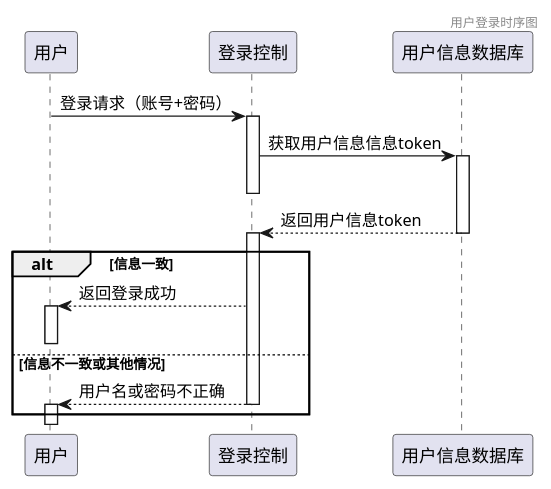
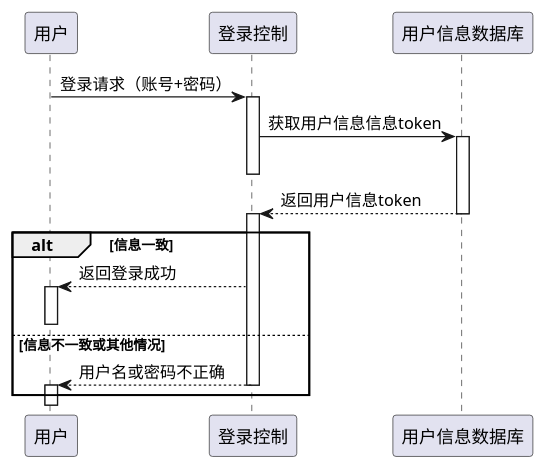
One commit to clysto/software-engineering changed the diagram in 时序图/用户登录时序图.plantuml. Above: the diagram before and after it, drawn with PlantUML. The commit also changed 27 other files, not shown here.

```diff
--- a/时序图/用户登录时序图.plantuml
+++ b/时序图/用户登录时序图.plantuml
@@ -1,35 +1,37 @@
-@startuml
-header 用户登录时序图
+@startuml 用户登录时序图
+
+skinparam shadowing false
+
 participant c as "用户"
 participant s as "登录控制"
 participant d as "用户信息数据库"
 
 
 c -> s: 登录请求（账号+密码）
 activate s
 
 s -> d: 获取用户信息信息token
 activate d
 deactivate s
 
 d --> s: 返回用户信息token
 deactivate d
 activate s
 
 alt 信息一致
 
     c <-- s: 返回登录成功
     activate c
 
 else 信息不一致或其他情况
     deactivate c
     
     c <-- s: 用户名或密码不正确
     deactivate s
     activate c
 end
 
 
 
 
 @enduml
```
